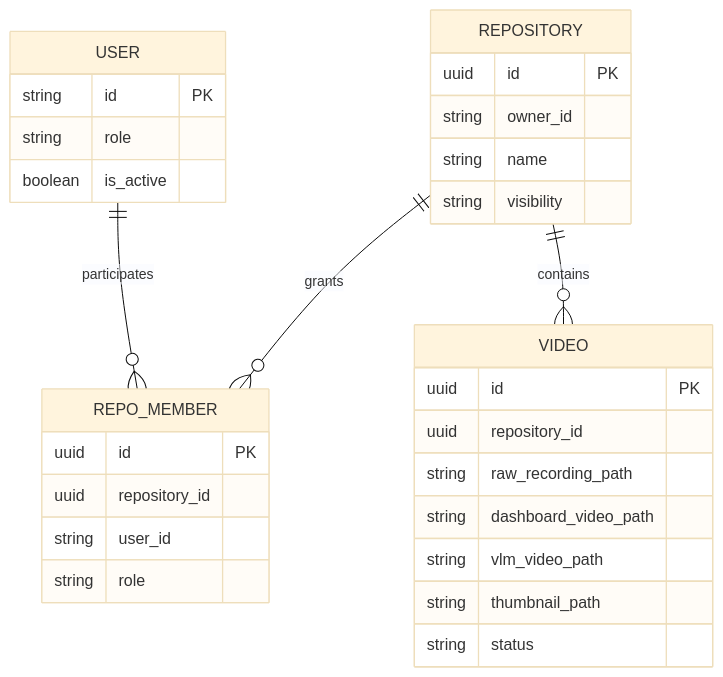
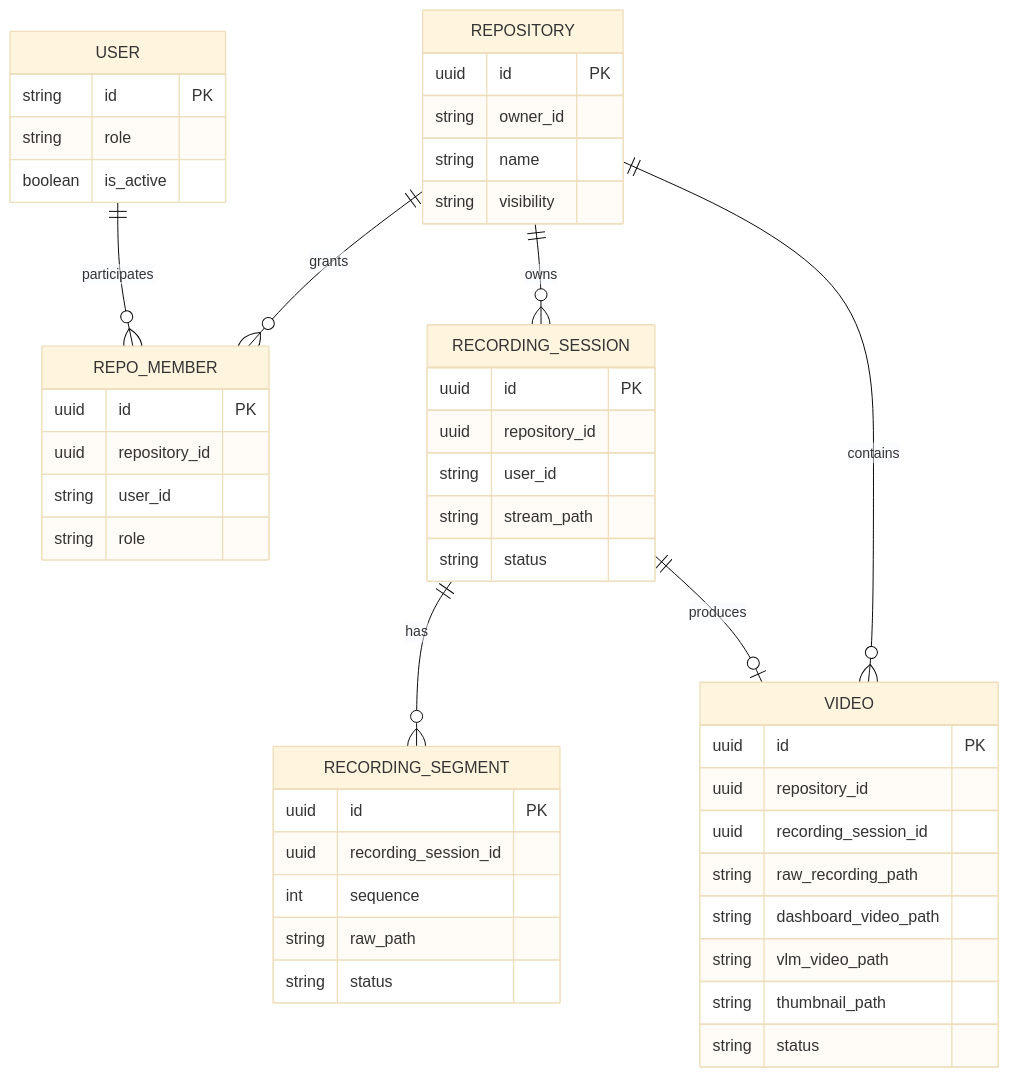
Before and after one commit to ego-flow/ego-flow-server: the second of 2 diagrams in docs/04. project_architecture.md, drawn with Mermaid (base theme). The commit also changed other lines of this file and 39 other files, not shown here.

````diff
--- a/docs/04. project_architecture.md
+++ b/docs/04. project_architecture.md
@@ -69,36 +70,56 @@
 ```mermaid
 erDiagram
     USER ||--o{ REPO_MEMBER : participates
     REPOSITORY ||--o{ REPO_MEMBER : grants
+    REPOSITORY ||--o{ RECORDING_SESSION : owns
     REPOSITORY ||--o{ VIDEO : contains
+    RECORDING_SESSION ||--o{ RECORDING_SEGMENT : has
+    RECORDING_SESSION ||--o| VIDEO : produces
 
     USER {
         string id PK
         string role
         boolean is_active
     }
 
     REPOSITORY {
         uuid id PK
         string owner_id
         string name
         string visibility
     }
 
     REPO_MEMBER {
         uuid id PK
         uuid repository_id
         string user_id
         string role
     }
 
+    RECORDING_SESSION {
+        uuid id PK
+        uuid repository_id
+        string user_id
+        string stream_path
+        string status
+    }
+
+    RECORDING_SEGMENT {
+        uuid id PK
+        uuid recording_session_id
+        int sequence
+        string raw_path
+        string status
+    }
+
     VIDEO {
         uuid id PK
         uuid repository_id
+        uuid recording_session_id
         string raw_recording_path
         string dashboard_video_path
         string vlm_video_path
         string thumbnail_path
         string status
     }
 ```
````
